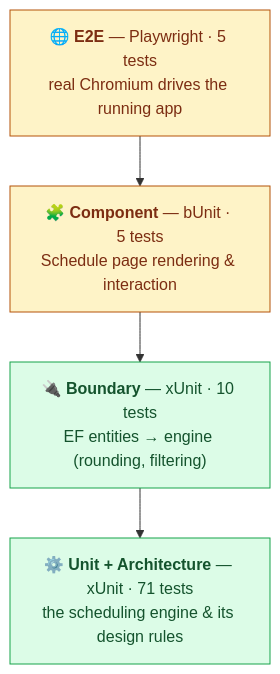
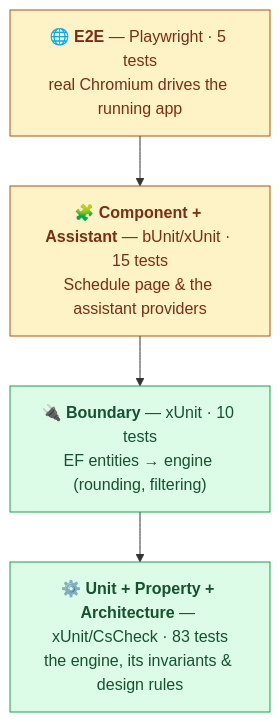
One commit to aco993/WorkPlanStudio changed the diagram in docs/TESTING.md. Above: the diagram before and after it, drawn with Mermaid. The commit also changed other lines of this file and 4 other files, not shown here.

First line of the commit message:
docs: reflect property-based tests and refreshed test counts

````diff
--- a/docs/TESTING.md
+++ b/docs/TESTING.md
@@ -14,14 +14,14 @@
 ```mermaid
 graph TD
     E2E["🌐 <b>E2E</b> — Playwright · 5 tests<br/>real Chromium drives the running app"]
-    COMP["🧩 <b>Component</b> — bUnit · 5 tests<br/>Schedule page rendering &amp; interaction"]
+    COMP["🧩 <b>Component + Assistant</b> — bUnit/xUnit · 15 tests<br/>Schedule page &amp; the assistant providers"]
     MAP["🔌 <b>Boundary</b> — xUnit · 10 tests<br/>EF entities → engine (rounding, filtering)"]
-    UNIT["⚙️ <b>Unit + Architecture</b> — xUnit · 71 tests<br/>the scheduling engine &amp; its design rules"]
+    UNIT["⚙️ <b>Unit + Property + Architecture</b> — xUnit/CsCheck · 83 tests<br/>the engine, its invariants &amp; design rules"]
 
     E2E --> COMP --> MAP --> UNIT
 
     classDef fast fill:#dcfce7,stroke:#16a34a,color:#14532d;
     classDef slow fill:#fef3c7,stroke:#b45309,color:#7c2d12;
     class UNIT,MAP fast;
     class COMP,E2E slow;
 ```
````
